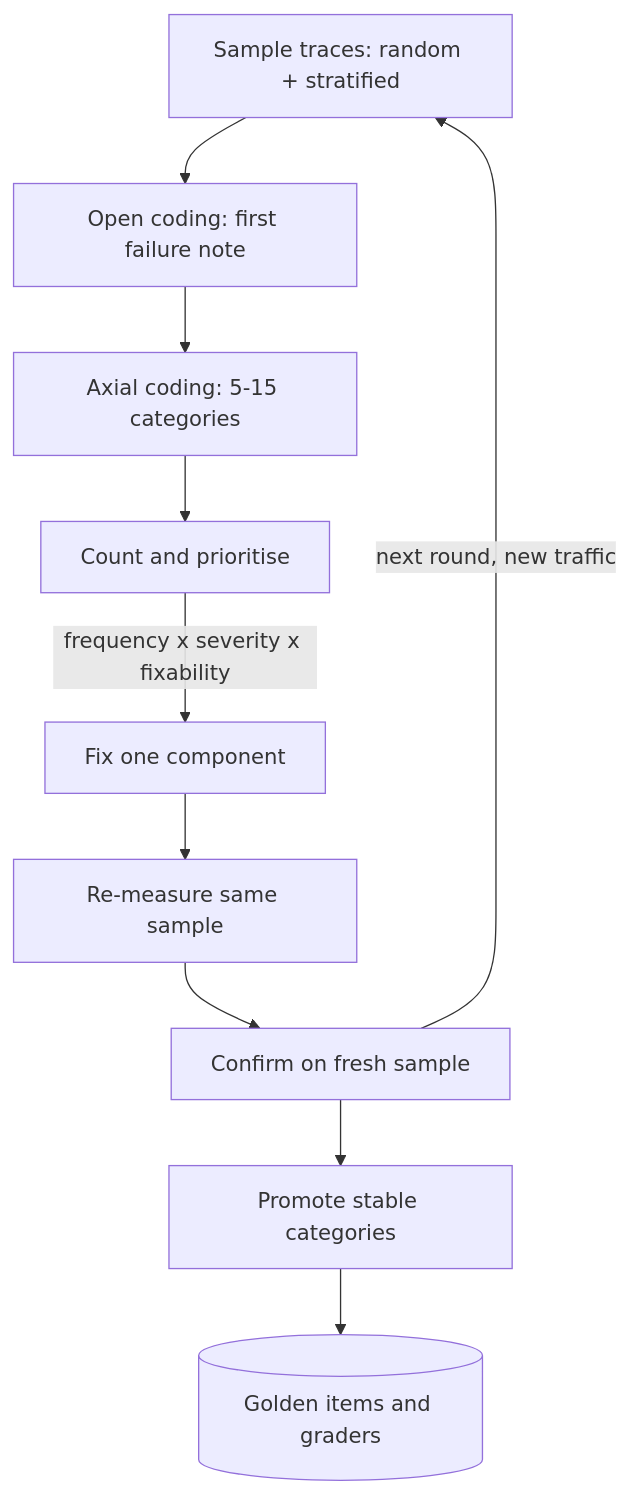
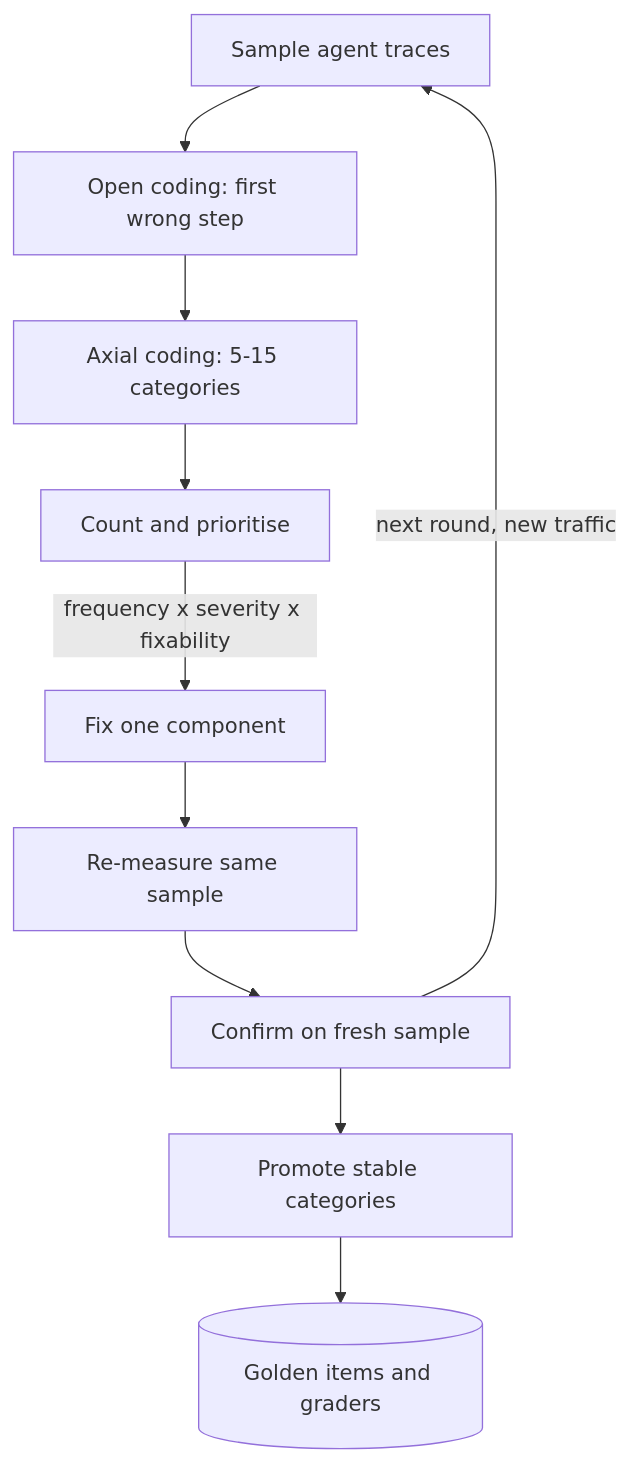
The diagram in content/evals/error-analysis.md (lovishmahajan97/agentic-learning), drawn with Mermaid before and after one commit. The commit also changed other lines of this file and 266 other files, not shown here.

````diff
--- a/content/evals/error-analysis.md
+++ b/content/evals/error-analysis.md
@@ -144,12 +168,12 @@
 ```mermaid
 flowchart TD
-    S["Sample traces: random + stratified"] --> O["Open coding: first failure note"]
+    S["Sample agent traces"] --> O["Open coding: first wrong step"]
     O --> A["Axial coding: 5-15 categories"]
     A --> C["Count and prioritise"]
     C -->|"frequency x severity x fixability"| F["Fix one component"]
     F --> R["Re-measure same sample"]
     R --> N["Confirm on fresh sample"]
     N --> P["Promote stable categories"]
     P --> G[("Golden items and graders")]
     N -->|"next round, new traffic"| S
 ```
````
